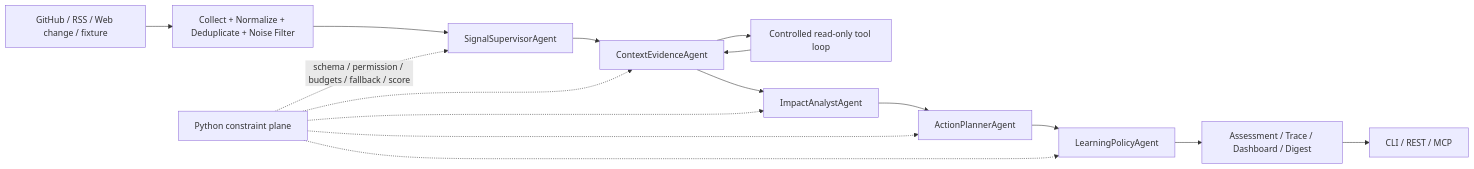
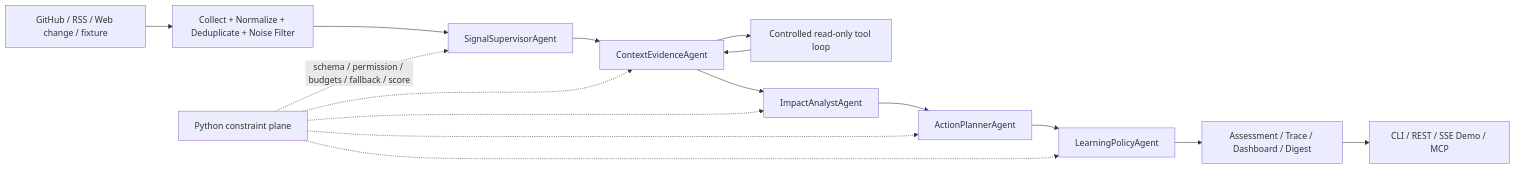
Before and after one commit to pocketvin/SignalHarness: the diagram in README.md, drawn with Mermaid. The commit also changed other lines of this file and 13 other files, not shown here.

Commit message:
Add live Golden Demo with SSE streaming

````diff
--- a/README.md
+++ b/README.md
@@ -62,23 +62,23 @@
 ```mermaid
 flowchart LR
     Sources[GitHub / RSS / Web change / fixture]
     Collect[Collect + Normalize + Deduplicate + Noise Filter]
     Supervisor[SignalSupervisorAgent]
     Evidence[ContextEvidenceAgent]
     Tools[Controlled read-only tool loop]
     Impact[ImpactAnalystAgent]
     Action[ActionPlannerAgent]
     Learning[LearningPolicyAgent]
     Guard[Python constraint plane]
     Output[Assessment / Trace / Dashboard / Digest]
-    Interfaces[CLI / REST / MCP]
+    Interfaces[CLI / REST / SSE Demo / MCP]
 
     Sources --> Collect --> Supervisor --> Evidence --> Impact --> Action --> Learning --> Output
     Evidence --> Tools --> Evidence
     Guard -. schema / permission / budgets / fallback / score .-> Supervisor
     Guard -.-> Evidence
     Guard -.-> Impact
     Guard -.-> Action
     Guard -.-> Learning
     Output --> Interfaces
 ```
````
